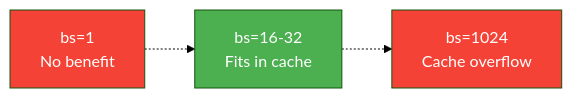
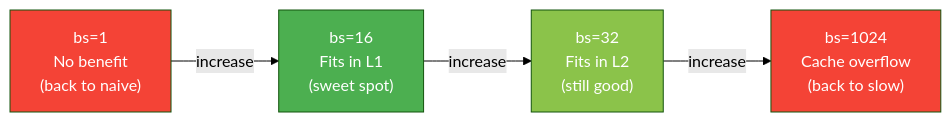
Before and after one commit to shamykyzer/ml-kernel-runtime: the sixth of 8 diagrams in README.md, drawn with Mermaid (forest theme). The commit also changed other lines of this file, not shown here.

Commit message:
better README.md layout with diagrams and explanation

````diff
--- a/README.md
+++ b/README.md
@@ -161,11 +176,17 @@
 ```mermaid
 graph LR
-    TOO_SMALL["bs=1
-    No benefit"] -.-> SWEET["bs=16-32
-    Fits in cache"] -.-> TOO_BIG["bs=1024
-    Cache overflow"]
+    BS1["bs=1
+    No benefit
+    (back to naive)"] -->|"increase"| BS16["bs=16
+    Fits in L1
+    (sweet spot)"] -->|"increase"| BS32["bs=32
+    Fits in L2
+    (still good)"] -->|"increase"| BS1024["bs=1024
+    Cache overflow
+    (back to slow)"]
 
-    style TOO_SMALL fill:#f44336,color:#fff
-    style SWEET fill:#4CAF50,color:#fff
-    style TOO_BIG fill:#f44336,color:#fff
+    style BS1 fill:#f44336,color:#fff
+    style BS16 fill:#4CAF50,color:#fff
+    style BS32 fill:#8BC34A,color:#fff
+    style BS1024 fill:#f44336,color:#fff
 ```
````
